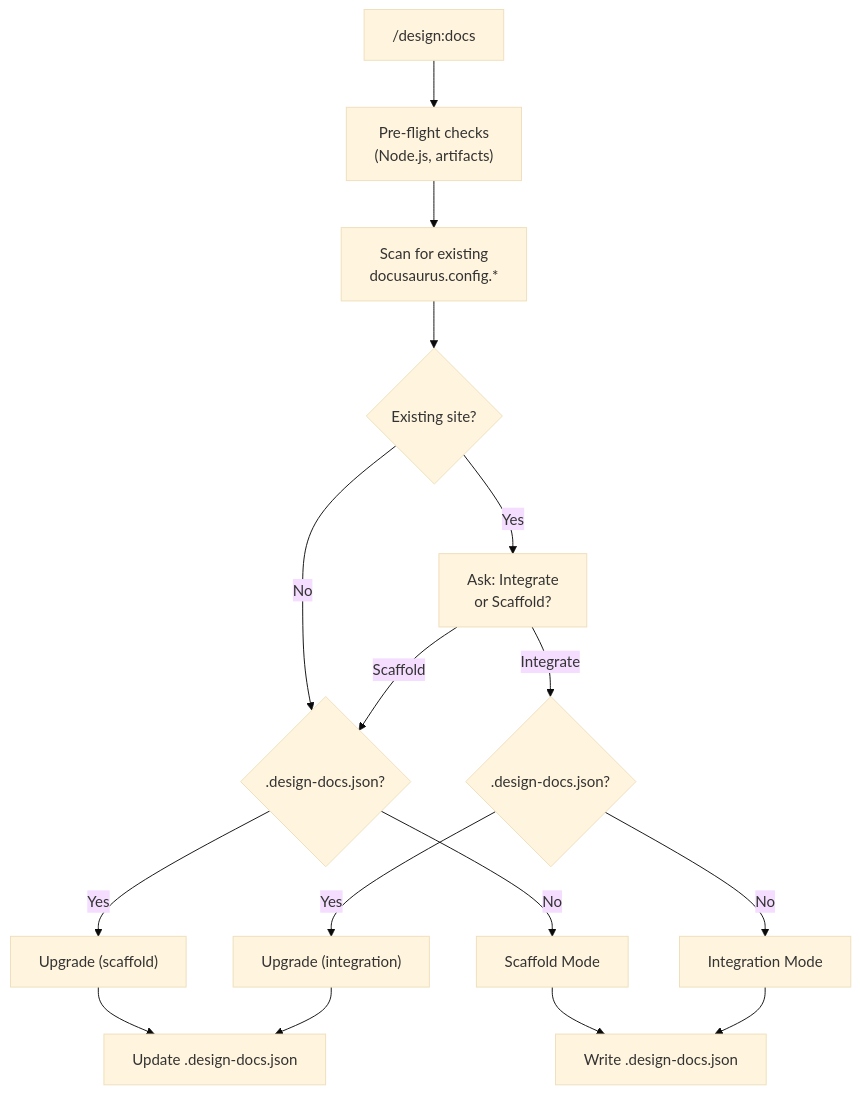
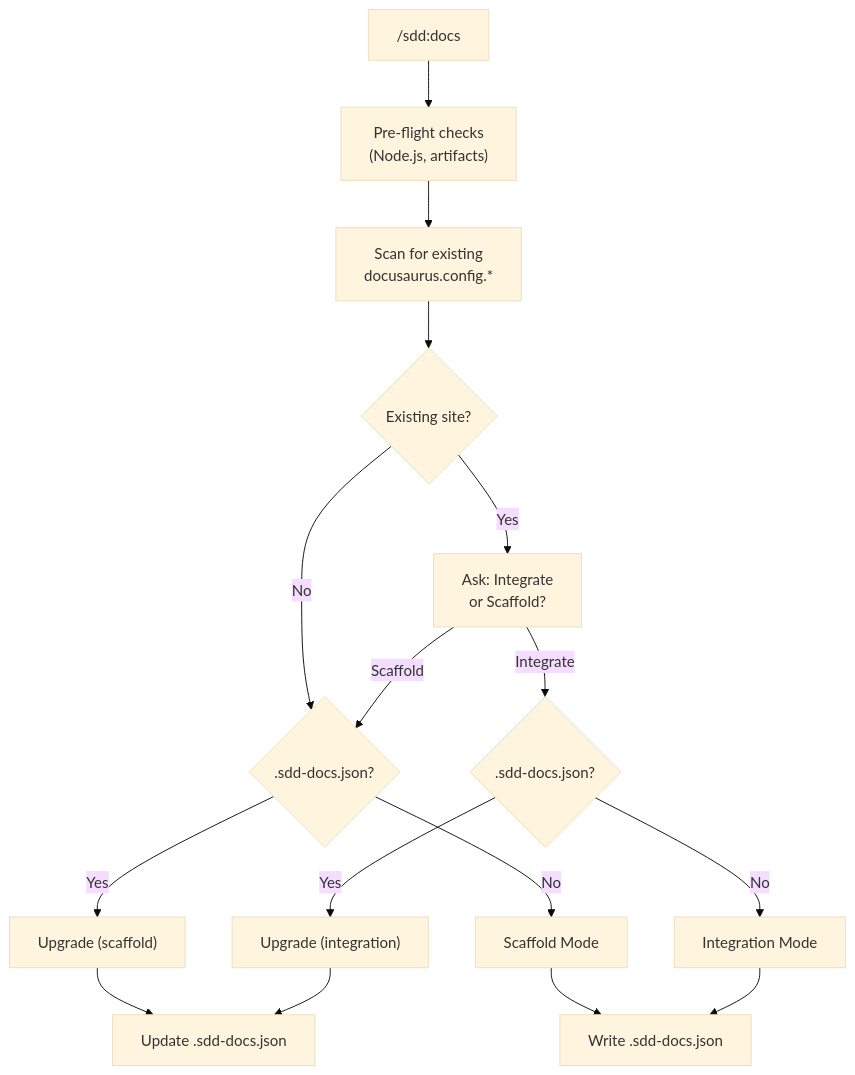
Before and after one commit to joestump/claude-plugin-design: the first of 4 diagrams in docs/openspec/specs/docs-generation/design.md, drawn with Mermaid (base theme). The commit also changed other lines of this file and 106 other files, not shown here.

First line of the commit message:
Rename plugin: design → sdd (Spec-Driven Development) (#75)

````diff
--- a/docs/openspec/specs/docs-generation/design.md
+++ b/docs/openspec/specs/docs-generation/design.md
@@ -117,18 +117,18 @@
 ```mermaid
 flowchart TD
-    start["/design:docs"] --> preflight["Pre-flight checks\n(Node.js, artifacts)"]
+    start["/sdd:docs"] --> preflight["Pre-flight checks\n(Node.js, artifacts)"]
     preflight --> scan["Scan for existing\ndocusaurus.config.*"]
     scan --> found{Existing site?}
     found -->|Yes| ask["Ask: Integrate\nor Scaffold?"]
-    found -->|No| manifest_s{.design-docs.json?}
-    ask -->|Integrate| manifest_i{.design-docs.json?}
+    found -->|No| manifest_s{.sdd-docs.json?}
+    ask -->|Integrate| manifest_i{.sdd-docs.json?}
     ask -->|Scaffold| manifest_s
     manifest_s -->|Yes| upgrade_s["Upgrade (scaffold)"]
     manifest_s -->|No| scaffold["Scaffold Mode"]
     manifest_i -->|Yes| upgrade_i["Upgrade (integration)"]
     manifest_i -->|No| integrate["Integration Mode"]
-    scaffold --> manifest["Write .design-docs.json"]
+    scaffold --> manifest["Write .sdd-docs.json"]
     integrate --> manifest
-    upgrade_s --> manifest_u["Update .design-docs.json"]
+    upgrade_s --> manifest_u["Update .sdd-docs.json"]
     upgrade_i --> manifest_u
 ```
````
